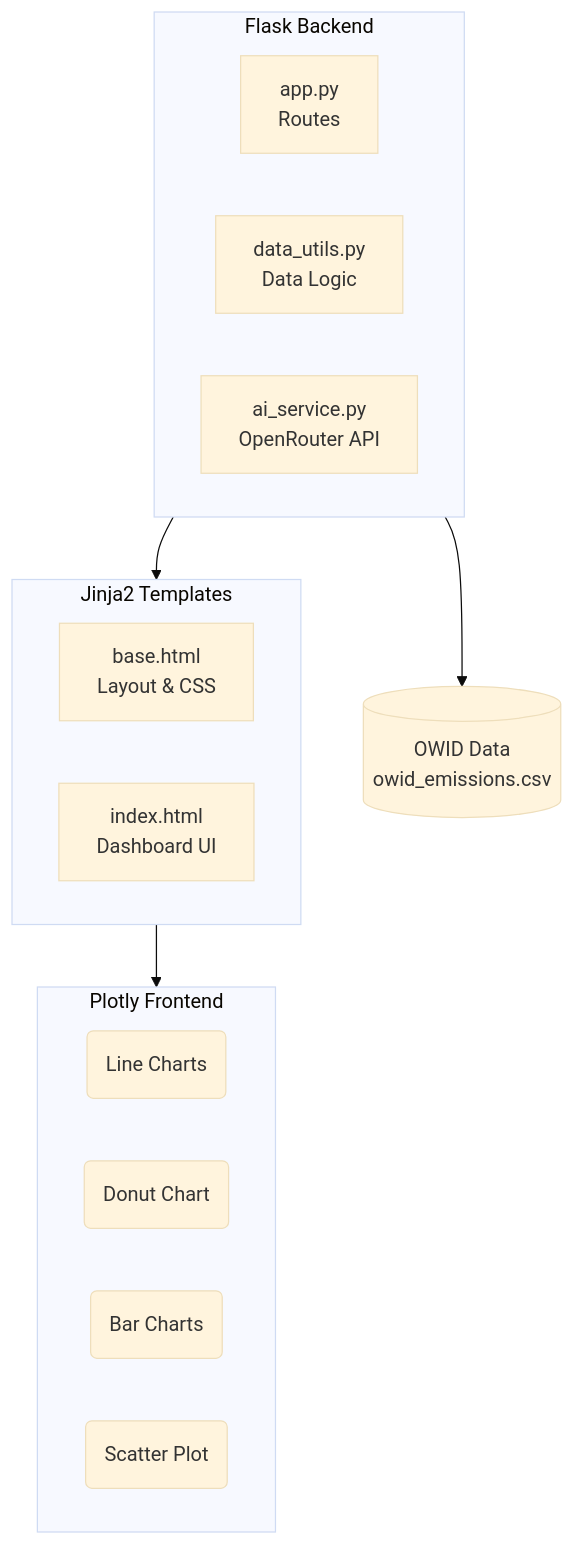
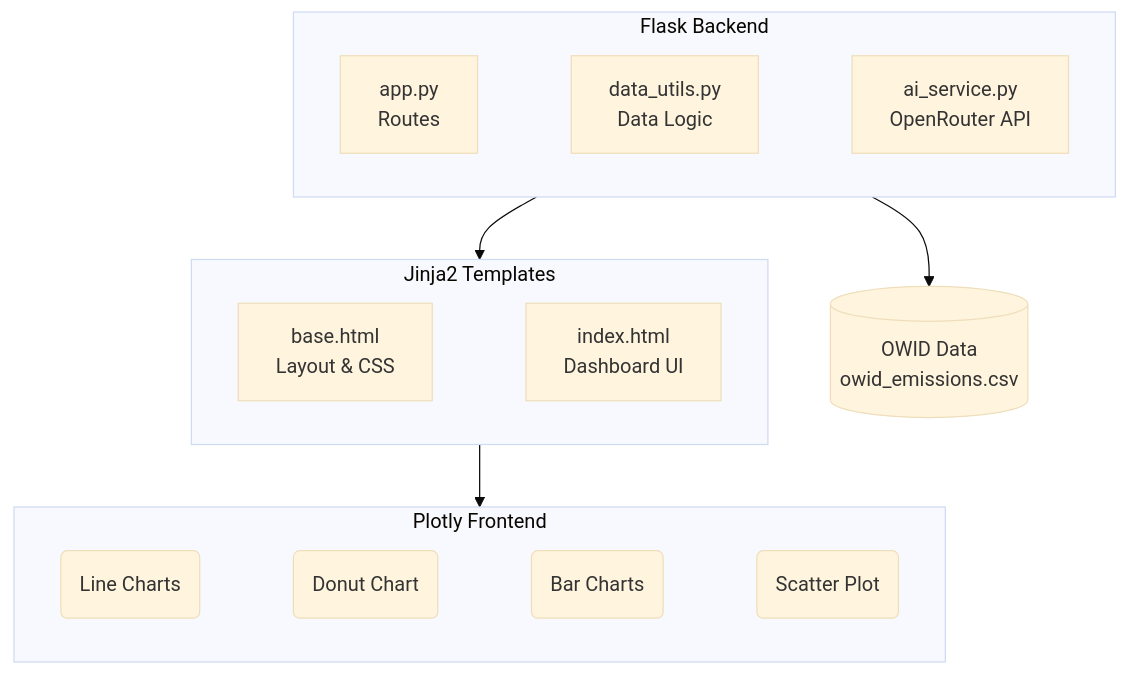
One commit to Shreyit/emission-analysis-dashboard changed the diagram in README.md. Above: the diagram before and after it, drawn with Mermaid (base theme).

Commit message:
Update Mermaid

````diff
--- a/README.md
+++ b/README.md
@@ -105,29 +105,23 @@
 ```mermaid
 flowchart TD
     subgraph Backend [Flask Backend]
         direction LR
-        A[app.py<br>Routes]
-        B[data_utils.py<br>Data Logic]
-        C[ai_service.py<br>OpenRouter API]
+        A[app.py<br>Routes] ~~~ B[data_utils.py<br>Data Logic] ~~~ C[ai_service.py<br>OpenRouter API]
     end
 
     D[(OWID Data<br>owid_emissions.csv)]
 
     subgraph Templates [Jinja2 Templates]
         direction LR
-        E[base.html<br>Layout & CSS]
-        F[index.html<br>Dashboard UI]
+        E[base.html<br>Layout & CSS] ~~~ F[index.html<br>Dashboard UI]
     end
 
     subgraph Frontend [Plotly Frontend]
         direction LR
-        G(Line Charts)
-        H(Donut Chart)
-        I(Bar Charts)
-        J(Scatter Plot)
+        G(Line Charts) ~~~ H(Donut Chart) ~~~ I(Bar Charts) ~~~ J(Scatter Plot)
     end
 
     Backend --> D
     Backend --> Templates
     Templates --> Frontend
 ```
````
